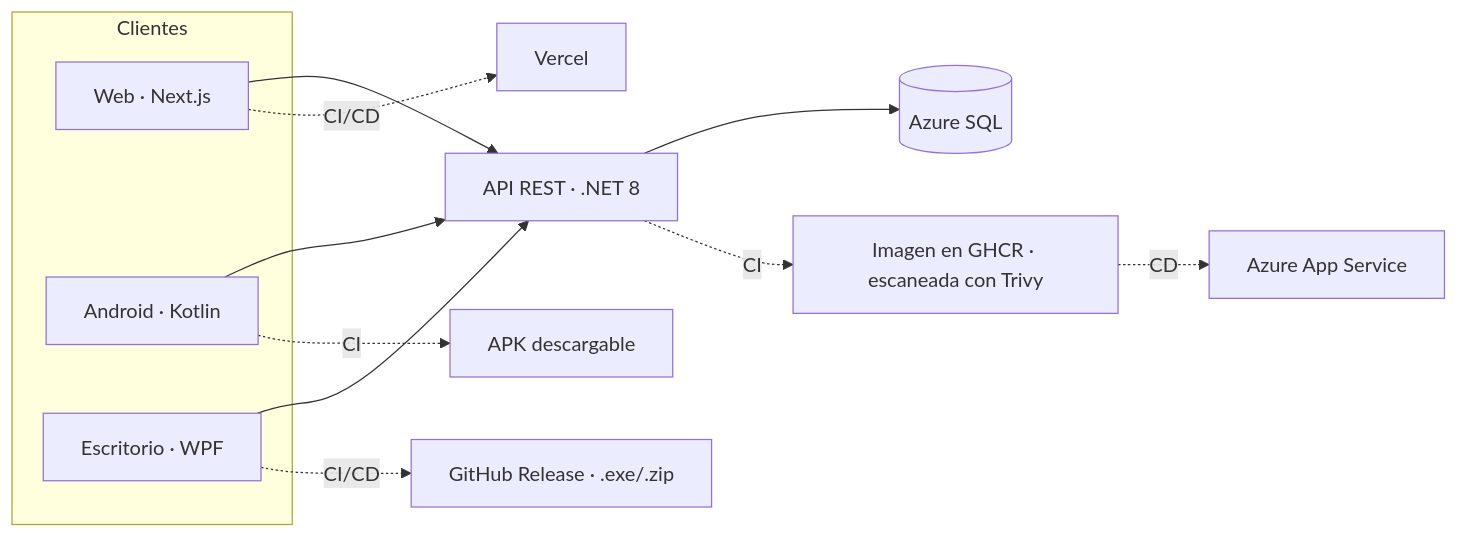
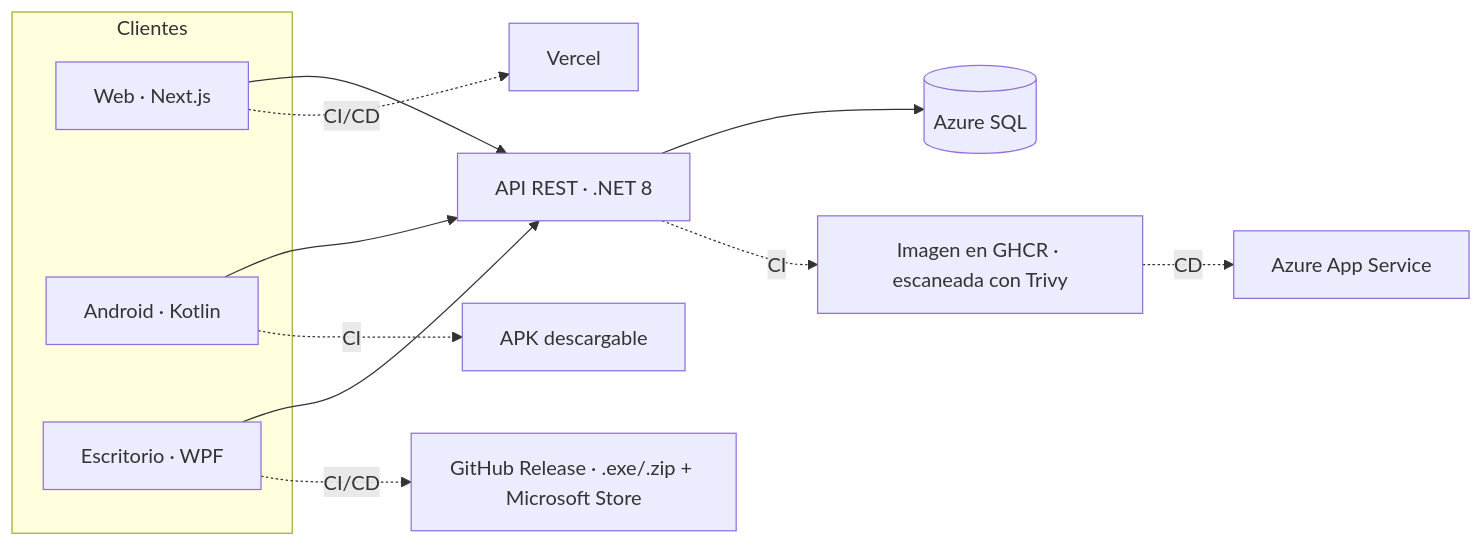
One commit to antonicr1986/antonicr1986 changed the diagram in README.md. Above: the diagram before and after it, drawn with Mermaid. The commit also changed other lines of this file and 1 other file, not shown here.

Commit message:
Add Microsoft Store link for the desktop app

````diff
--- a/README.md
+++ b/README.md
@@ -31,22 +31,22 @@
 ```mermaid
 flowchart LR
     subgraph Clientes
         WEB[Web · Next.js]
         AND[Android · Kotlin]
         DESK[Escritorio · WPF]
     end
 
     API[API REST · .NET 8]
     DB[(Azure SQL)]
 
     WEB --> API
     AND --> API
     DESK --> API
     API --> DB
 
     API -. CI .-> GHCR[Imagen en GHCR · escaneada con Trivy]
     GHCR -. CD .-> AZ[Azure App Service]
     WEB -. CI/CD .-> VER[Vercel]
     AND -. CI .-> APK[APK descargable]
-    DESK -. CI/CD .-> REL[GitHub Release · .exe/.zip]
+    DESK -. CI/CD .-> REL[GitHub Release · .exe/.zip + Microsoft Store]
 ```
````
